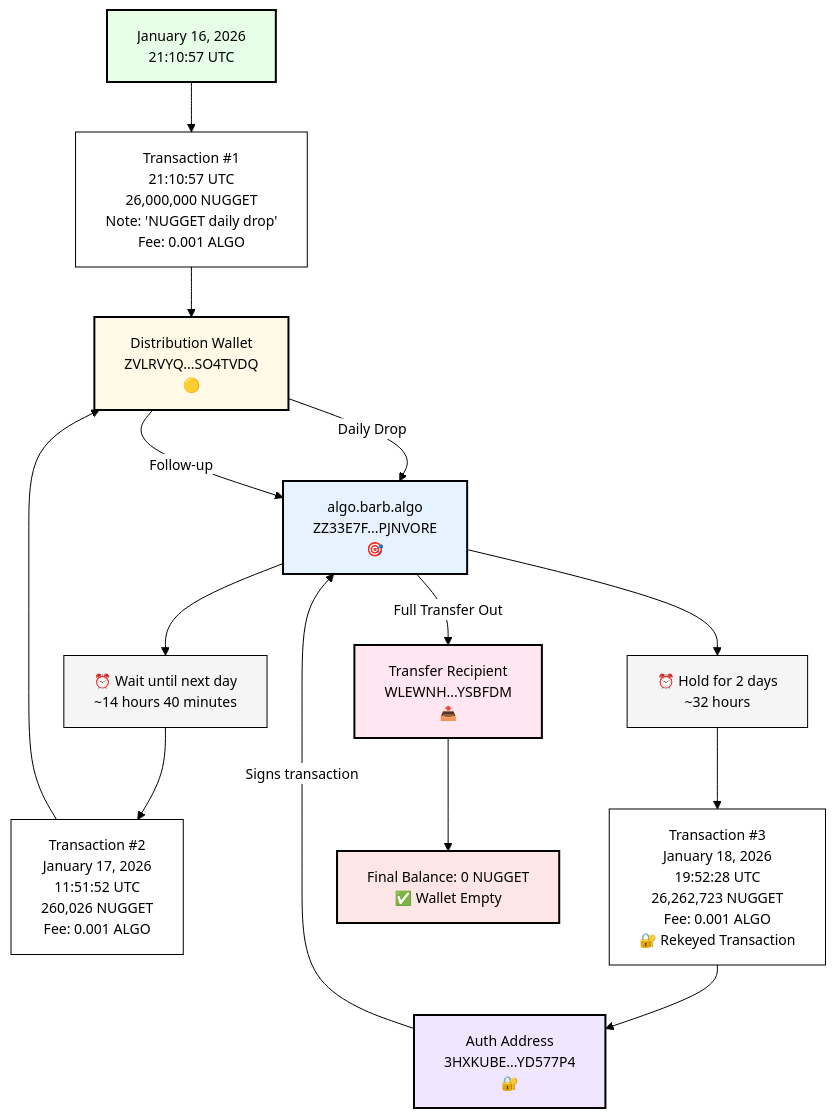
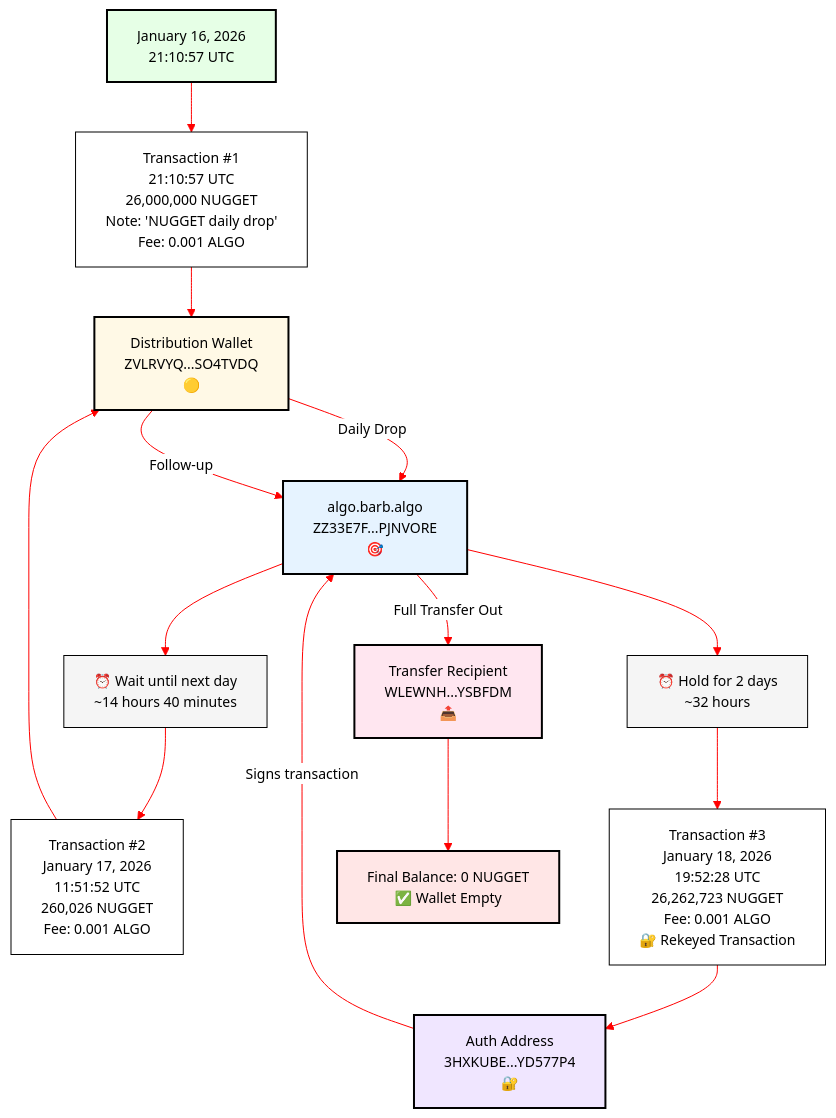
One commit to chopmob-cloud/Nugget changed the diagram in ZZ33E7FV5POGBZWMADNQSZT6I6PXRDTUAWEDGDYPFJDTZMOQZW7PJNVORE/NFlow.md. Above: the diagram before and after it, drawn with Mermaid.

````diff
--- a/ZZ33E7FV5POGBZWMADNQSZT6I6PXRDTUAWEDGDYPFJDTZMOQZW7PJNVORE/NFlow.md
+++ b/ZZ33E7FV5POGBZWMADNQSZT6I6PXRDTUAWEDGDYPFJDTZMOQZW7PJNVORE/NFlow.md
@@ -1,47 +1,47 @@
 ```mermaid
-%%{init: {'theme':'base', 'themeVariables': {'primaryColor':'#ffffff','primaryTextColor':'#000000','primaryBorderColor':'#000000','lineColor':'#000000','secondaryColor':'#ffffff','tertiaryColor':'#ffffff','fontSize':'14px'}}}%%
+%%{init: {'theme':'base', 'themeVariables': {'primaryColor':'#ffffff','primaryTextColor':'#000000','primaryBorderColor':'#000000','lineColor':'#ff0000','secondaryColor':'#ffffff','tertiaryColor':'#ffffff','fontSize':'14px'}}}%%
 flowchart TD
     Start["January 16, 2026<br/>21:10:57 UTC"]
     
     DistWallet["Distribution Wallet<br/>ZVLRVYQ...SO4TVDQ<br/>🟡"]
     
     AlgoBarb["algo.barb.algo<br/>ZZ33E7F...PJNVORE<br/>🎯"]
     
     Recipient["Transfer Recipient<br/>WLEWNH...YSBFDM<br/>📤"]
     
     AuthAddr["Auth Address<br/>3HXKUBE...YD577P4<br/>🔐"]
     
     Start --> Tx1["Transaction #1<br/>21:10:57 UTC<br/>26,000,000 NUGGET<br/>Note: 'NUGGET daily drop'<br/>Fee: 0.001 ALGO"]
     
     Tx1 --> DistWallet
     DistWallet -->|"Daily Drop"| AlgoBarb
     
     AlgoBarb --> Wait1["⏰ Wait until next day<br/>~14 hours 40 minutes"]
     
     Wait1 --> Tx2["Transaction #2<br/>January 17, 2026<br/>11:51:52 UTC<br/>260,026 NUGGET<br/>Fee: 0.001 ALGO"]
     
     Tx2 --> DistWallet
     DistWallet -->|"Follow-up"| AlgoBarb
     
     AlgoBarb --> Wait2["⏰ Hold for 2 days<br/>~32 hours"]
     
     Wait2 --> Tx3["Transaction #3<br/>January 18, 2026<br/>19:52:28 UTC<br/>26,262,723 NUGGET<br/>Fee: 0.001 ALGO<br/>🔐 Rekeyed Transaction"]
     
     Tx3 --> AuthAddr
     AuthAddr -->|"Signs transaction"| AlgoBarb
     AlgoBarb -->|"Full Transfer Out"| Recipient
     
     Recipient --> End["Final Balance: 0 NUGGET<br/>✅ Wallet Empty"]
     
     style DistWallet fill:#fff9e6,stroke:#000000,stroke-width:2px,color:#000000
     style AlgoBarb fill:#e6f3ff,stroke:#000000,stroke-width:2px,color:#000000
     style Recipient fill:#ffe6f0,stroke:#000000,stroke-width:2px,color:#000000
     style AuthAddr fill:#f0e6ff,stroke:#000000,stroke-width:2px,color:#000000
     style Tx1 fill:#ffffff,stroke:#000000,stroke-width:1px,color:#000000
     style Tx2 fill:#ffffff,stroke:#000000,stroke-width:1px,color:#000000
     style Tx3 fill:#ffffff,stroke:#000000,stroke-width:1px,color:#000000
     style Start fill:#e6ffe6,stroke:#000000,stroke-width:2px,color:#000000
     style End fill:#ffe6e6,stroke:#000000,stroke-width:2px,color:#000000
     style Wait1 fill:#f5f5f5,stroke:#000000,stroke-width:1px,color:#000000
     style Wait2 fill:#f5f5f5,stroke:#000000,stroke-width:1px,color:#000000
 ```
````
